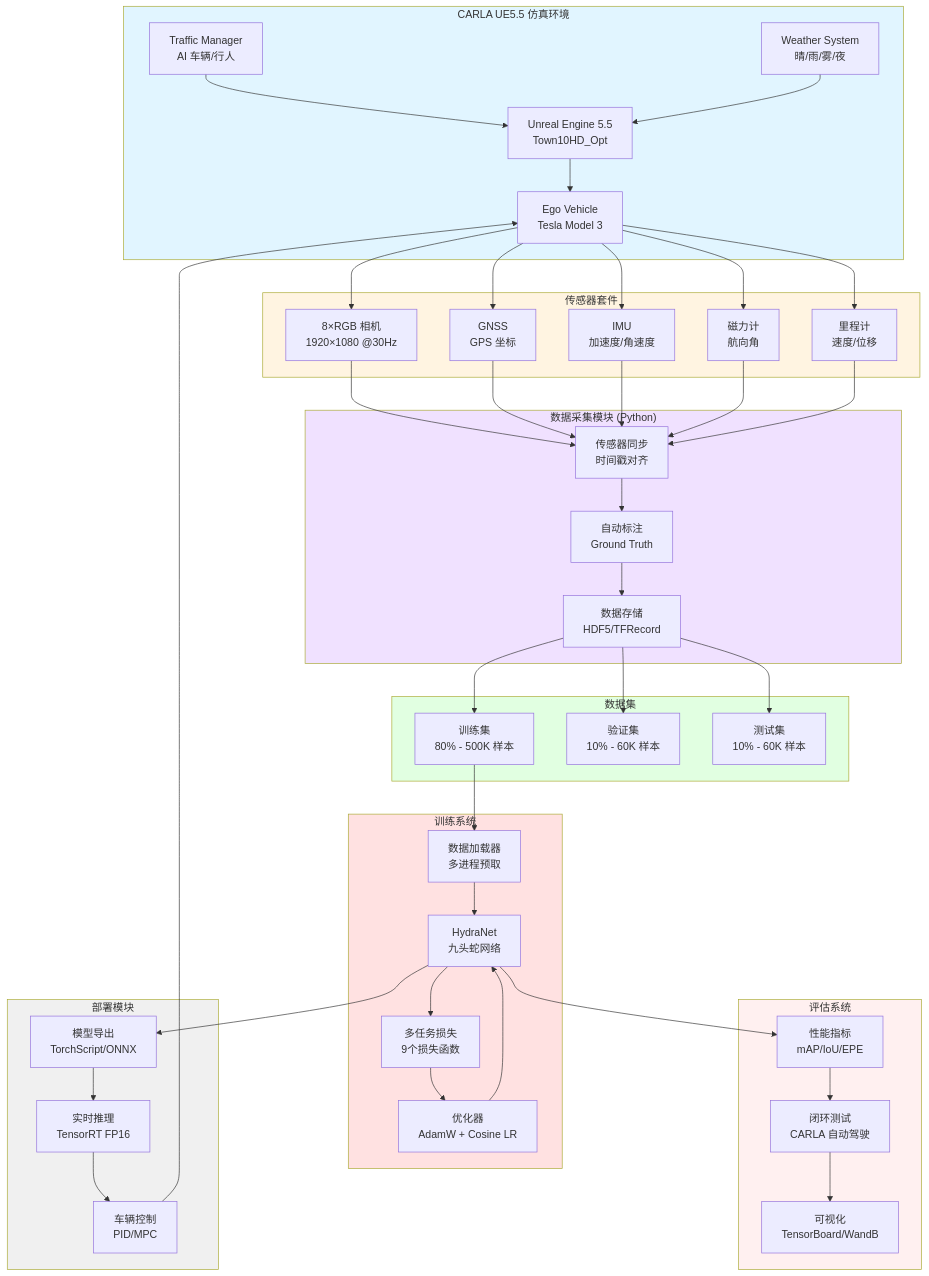
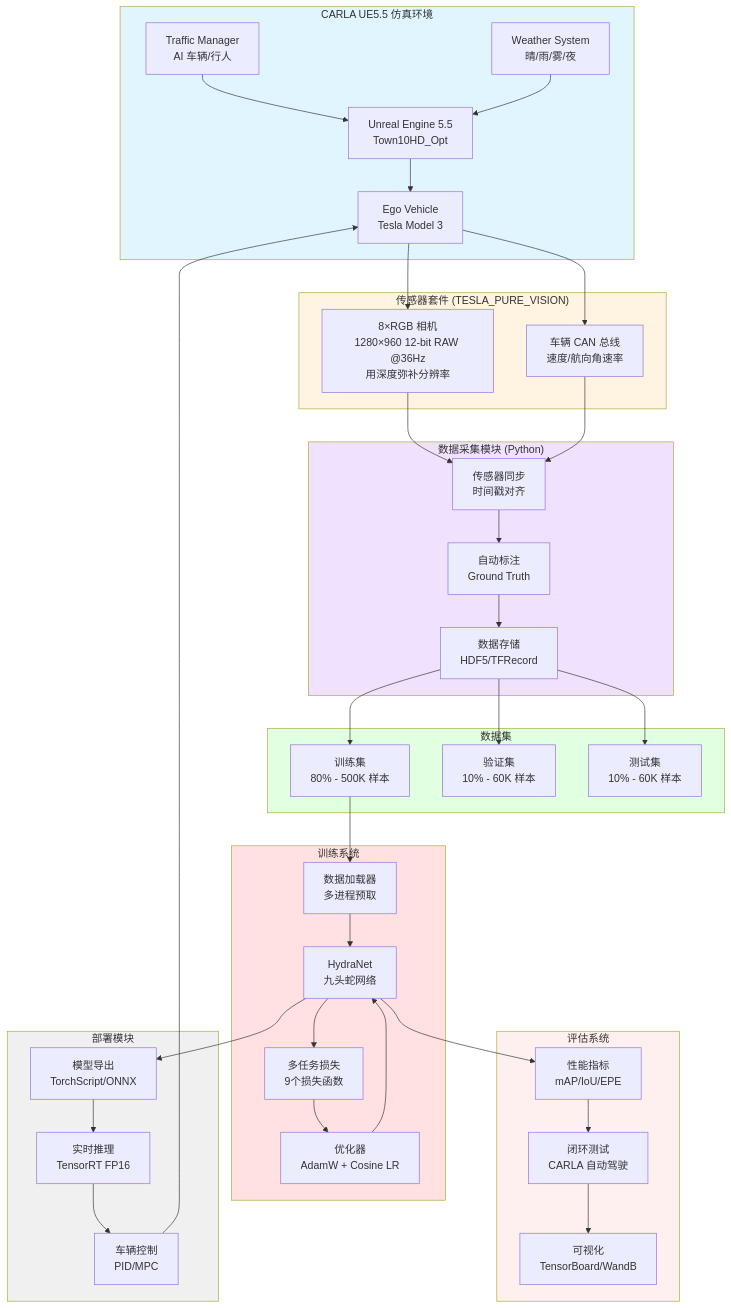
The diagram in .trae/documents/九头蛇网络训练实战指南-CARLA-UE5.md (billsoft/carla), drawn with Mermaid before and after one commit. The commit also changed other lines of this file and 5 other files, not shown here.

````diff
--- a/.trae/documents/九头蛇网络训练实战指南-CARLA-UE5.md
+++ b/.trae/documents/九头蛇网络训练实战指南-CARLA-UE5.md
@@ -28,77 +74,74 @@
 ```mermaid
 graph TB
     subgraph CARLA["CARLA UE5.5 仿真环境"]
         UE[Unreal Engine 5.5<br/>Town10HD_Opt]
         VEHICLE[Ego Vehicle<br/>Tesla Model 3]
         TRAFFIC[Traffic Manager<br/>AI 车辆/行人]
         WEATHER[Weather System<br/>晴/雨/雾/夜]
     end
 
-    subgraph Sensors["传感器套件"]
-        CAM[8×RGB 相机<br/>1920×1080 @30Hz]
-        GPS[GNSS<br/>GPS 坐标]
-        IMU[IMU<br/>加速度/角速度]
-        MAG[磁力计<br/>航向角]
-        ODO[里程计<br/>速度/位移]
+    subgraph Sensors["传感器套件 (TESLA_PURE_VISION)"]
+        CAM[8×RGB 相机<br/>1280×960 12-bit RAW @36Hz<br/>用深度弥补分辨率]
+        VEH[车辆 CAN 总线<br/>速度/航向角速率]
     end
 
     subgraph DataCollector["数据采集模块 (Python)"]
         SYNC[传感器同步<br/>时间戳对齐]
         LABEL[自动标注<br/>Ground Truth]
         SAVE[数据存储<br/>HDF5/TFRecord]
     end
 
     subgraph Dataset["数据集"]
         TRAIN[训练集<br/>80% - 500K 样本]
         VAL[验证集<br/>10% - 60K 样本]
         TEST[测试集<br/>10% - 60K 样本]
     end
 
     subgraph Training["训练系统"]
         LOADER[数据加载器<br/>多进程预取]
         MODEL[HydraNet<br/>九头蛇网络]
         LOSS[多任务损失<br/>9个损失函数]
         OPT[优化器<br/>AdamW + Cosine LR]
     end
 
     subgraph Evaluation["评估系统"]
         METRICS[性能指标<br/>mAP/IoU/EPE]
         CLOSED[闭环测试<br/>CARLA 自动驾驶]
         VIZ[可视化<br/>TensorBoard/WandB]
     end
 
     subgraph Deployment["部署模块"]
         EXPORT[模型导出<br/>TorchScript/ONNX]
         INFER[实时推理<br/>TensorRT FP16]
         CONTROL[车辆控制<br/>PID/MPC]
     end
 
     UE --> VEHICLE
     TRAFFIC --> UE
     WEATHER --> UE
-    VEHICLE --> CAM & GPS & IMU & MAG & ODO
-    CAM & GPS & IMU & MAG & ODO --> SYNC
+    VEHICLE --> CAM & VEH
+    CAM & VEH --> SYNC
     SYNC --> LABEL
     LABEL --> SAVE
     SAVE --> TRAIN & VAL & TEST
     TRAIN --> LOADER
     LOADER --> MODEL
     MODEL --> LOSS
     LOSS --> OPT
     OPT --> MODEL
     MODEL --> METRICS
     METRICS --> CLOSED
     CLOSED --> VIZ
     MODEL --> EXPORT
     EXPORT --> INFER
     INFER --> CONTROL
     CONTROL --> VEHICLE
 
     style CARLA fill:#e1f5ff
     style Sensors fill:#fff4e1
     style DataCollector fill:#f0e1ff
     style Dataset fill:#e1ffe1
     style Training fill:#ffe1e1
     style Evaluation fill:#fff0f0
     style Deployment fill:#f0f0f0
 ```
````
